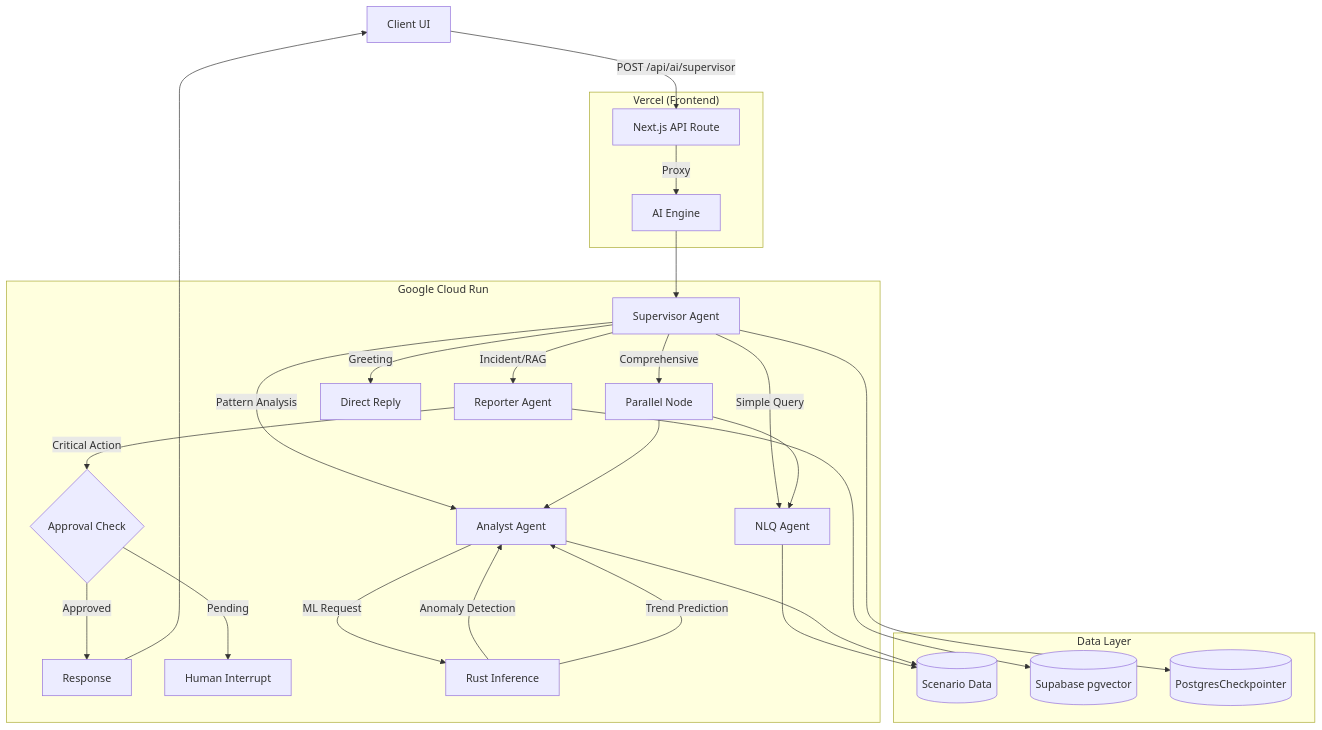
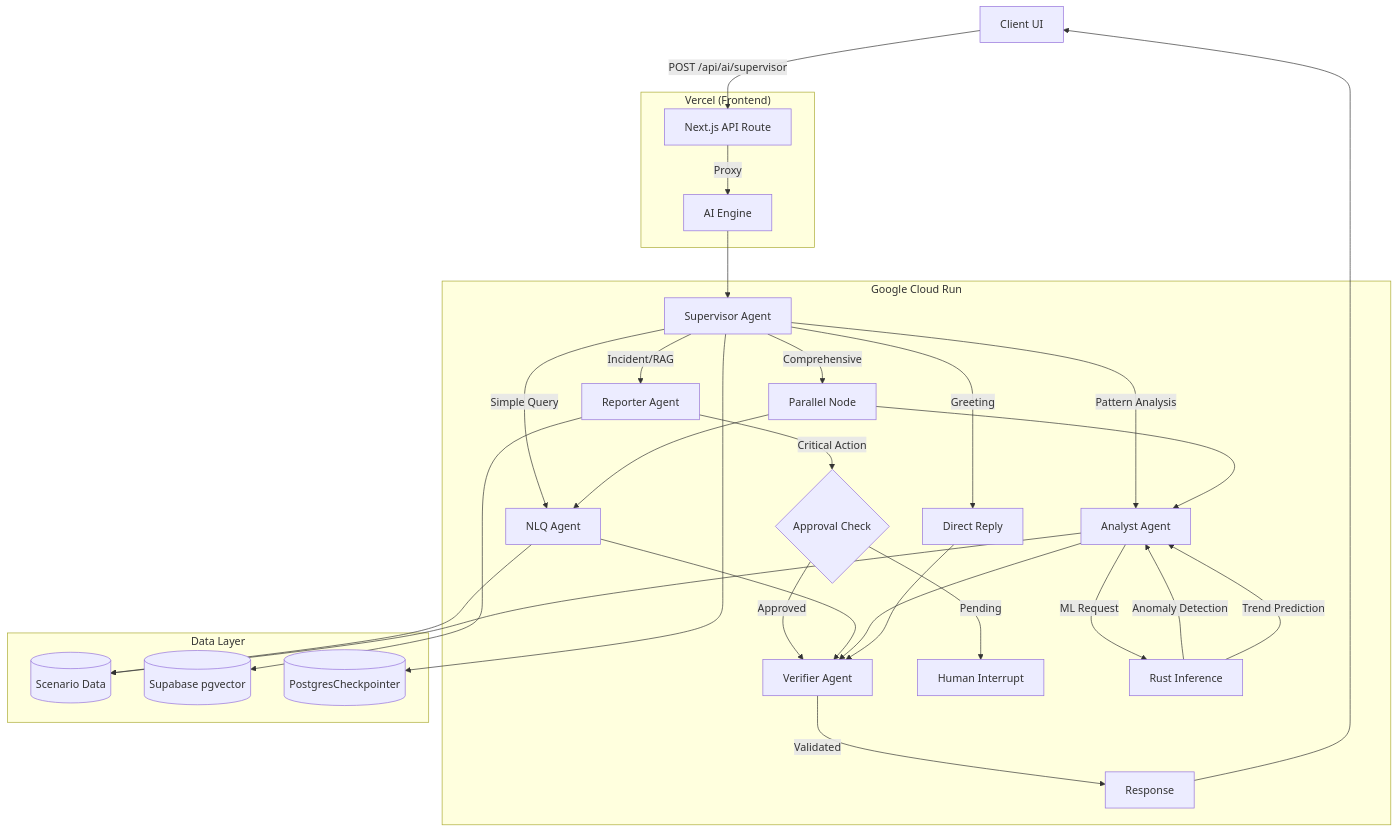
The diagram in docs/core/architecture/ai/ai-engine-architecture.md (skyasu2/openmanager-vibe-v5), drawn with Mermaid before and after one commit. The commit also changed other lines of this file and 7 other files, not shown here.

First line of the commit message:
test(ai-engine): add comprehensive test suite for architecture improvements

````diff
--- a/docs/core/architecture/ai/ai-engine-architecture.md
+++ b/docs/core/architecture/ai/ai-engine-architecture.md
@@ -48,38 +54,44 @@
 ```mermaid
 graph TD
     Client[Client UI] -->|POST /api/ai/supervisor| API[Next.js API Route]
 
     subgraph "Vercel (Frontend)"
         API -->|Proxy| CloudRun
     end
 
     subgraph "Google Cloud Run"
         CloudRun[AI Engine] --> Supervisor[Supervisor Agent]
 
         Supervisor -->|Simple Query| NLQ[NLQ Agent]
         Supervisor -->|Pattern Analysis| Analyst[Analyst Agent]
         Supervisor -->|Incident/RAG| Reporter[Reporter Agent]
         Supervisor -->|Comprehensive| Parallel[Parallel Node]
         Supervisor -->|Greeting| Direct[Direct Reply]
 
         Parallel --> NLQ
         Parallel --> Analyst
 
         Reporter -->|Critical Action| Approval{Approval Check}
-        Approval -->|Approved| Response[Response]
+        Approval -->|Approved| Verifier[Verifier Agent]
         Approval -->|Pending| Interrupt[Human Interrupt]
 
+        NLQ --> Verifier
+        Analyst --> Verifier
+        Direct --> Verifier
+
+        Verifier -->|Validated| Response[Response]
+        
         Analyst -->|ML Request| RustML[Rust Inference]
         RustML -->|Anomaly Detection| Analyst
         RustML -->|Trend Prediction| Analyst
     end
 
     subgraph "Data Layer"
         NLQ --> Metrics[(Scenario Data)]
         Analyst --> Metrics
         Reporter --> RAG[(Supabase pgvector)]
         Supervisor --> Checkpoint[(PostgresCheckpointer)]
     end
 
     Response --> Client
 ```
````
